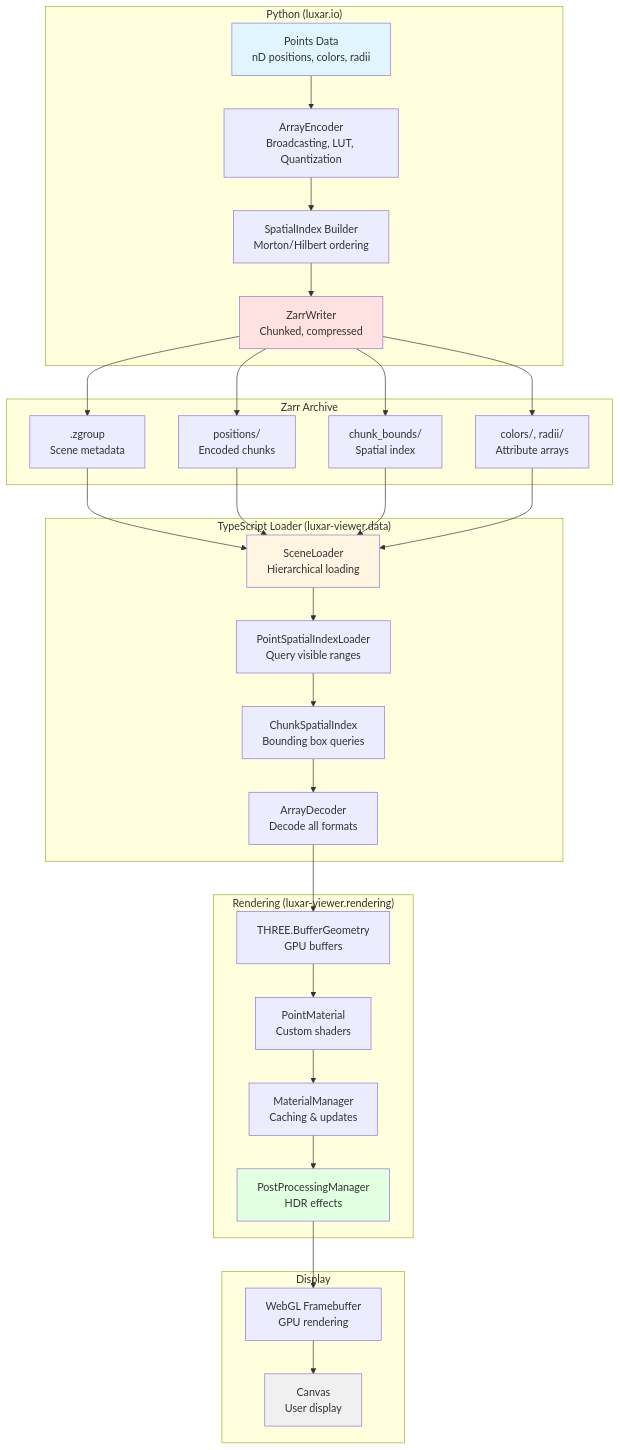
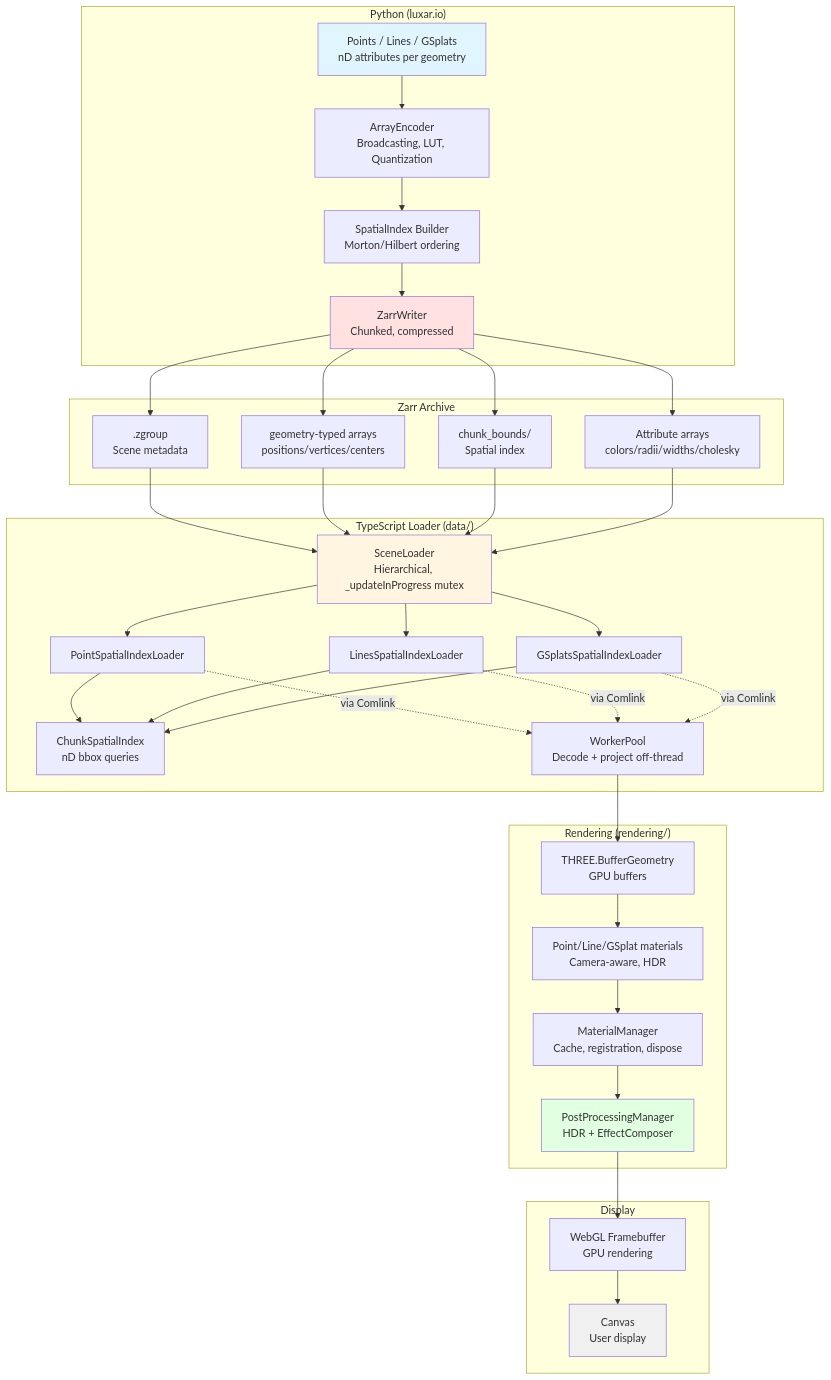
The first of 12 diagrams in packages/luxar-viewer/ARCHITECTURE-DIAGRAMS.md (royerlab/luxar), drawn with Mermaid before and after one commit. The commit also changed other lines of this file, not shown here.

First line of the commit message:
docs(viewer): refresh ARCHITECTURE-DIAGRAMS.md mermaid sections

````diff
--- a/packages/luxar-viewer/ARCHITECTURE-DIAGRAMS.md
+++ b/packages/luxar-viewer/ARCHITECTURE-DIAGRAMS.md
@@ -50,48 +34,52 @@
 ```mermaid
 graph TB
     subgraph "Python (luxar.io)"
-        A[Points Data<br/>nD positions, colors, radii]
+        A[Points / Lines / GSplats<br/>nD attributes per geometry]
         B[ArrayEncoder<br/>Broadcasting, LUT, Quantization]
         C[SpatialIndex Builder<br/>Morton/Hilbert ordering]
         D[ZarrWriter<br/>Chunked, compressed]
     end
 
     subgraph "Zarr Archive"
         E[.zgroup<br/>Scene metadata]
-        F[positions/<br/>Encoded chunks]
+        F[geometry-typed arrays<br/>positions/vertices/centers]
         G[chunk_bounds/<br/>Spatial index]
-        H[colors/, radii/<br/>Attribute arrays]
+        H[Attribute arrays<br/>colors/radii/widths/cholesky]
     end
 
-    subgraph "TypeScript Loader (luxar-viewer.data)"
-        I[SceneLoader<br/>Hierarchical loading]
-        J[PointSpatialIndexLoader<br/>Query visible ranges]
-        K[ChunkSpatialIndex<br/>Bounding box queries]
-        L[ArrayDecoder<br/>Decode all formats]
+    subgraph "TypeScript Loader (data/)"
+        I[SceneLoader<br/>Hierarchical, _updateInProgress mutex]
+        J1[PointSpatialIndexLoader]
+        J2[LinesSpatialIndexLoader]
+        J3[GSplatsSpatialIndexLoader]
+        K[ChunkSpatialIndex<br/>nD bbox queries]
+        L[WorkerPool<br/>Decode + project off-thread]
     end
 
-    subgraph "Rendering (luxar-viewer.rendering)"
+    subgraph "Rendering (rendering/)"
         M[THREE.BufferGeometry<br/>GPU buffers]
-        N[PointMaterial<br/>Custom shaders]
-        O[MaterialManager<br/>Caching & updates]
-        P[PostProcessingManager<br/>HDR effects]
+        N[Point/Line/GSplat materials<br/>Camera-aware, HDR]
+        O[MaterialManager<br/>Cache, registration, dispose]
+        P[PostProcessingManager<br/>HDR + EffectComposer]
     end
 
     subgraph "Display"
         Q[WebGL Framebuffer<br/>GPU rendering]
         R[Canvas<br/>User display]
     end
 
     A --> B --> C --> D
     D --> E & F & G & H
     E & F & G & H --> I
-    I --> J --> K --> L
+    I --> J1 & J2 & J3
+    J1 & J2 & J3 --> K
+    J1 & J2 & J3 -.via Comlink.-> L
     L --> M --> N
     N --> O --> P --> Q --> R
 
     style A fill:#e1f5ff
     style D fill:#ffe1e1
     style I fill:#fff5e1
     style P fill:#e1ffe1
     style R fill:#f0f0f0
 ```
````
